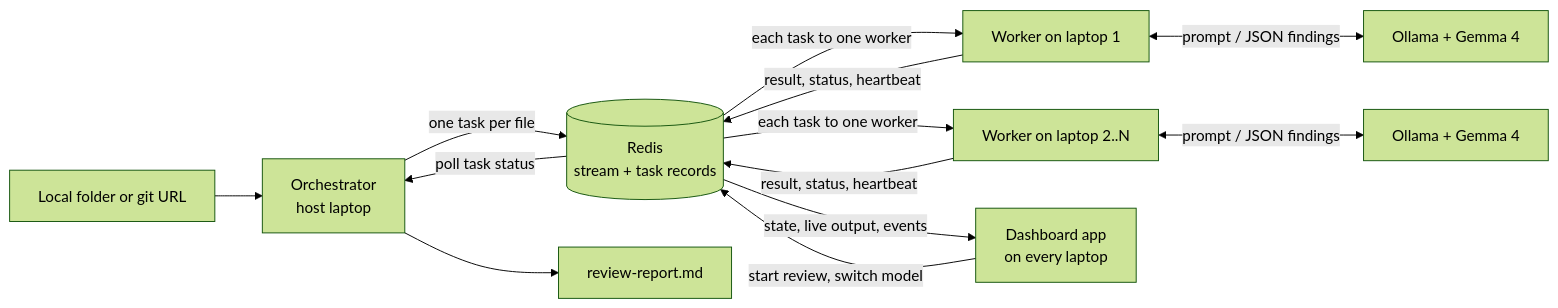
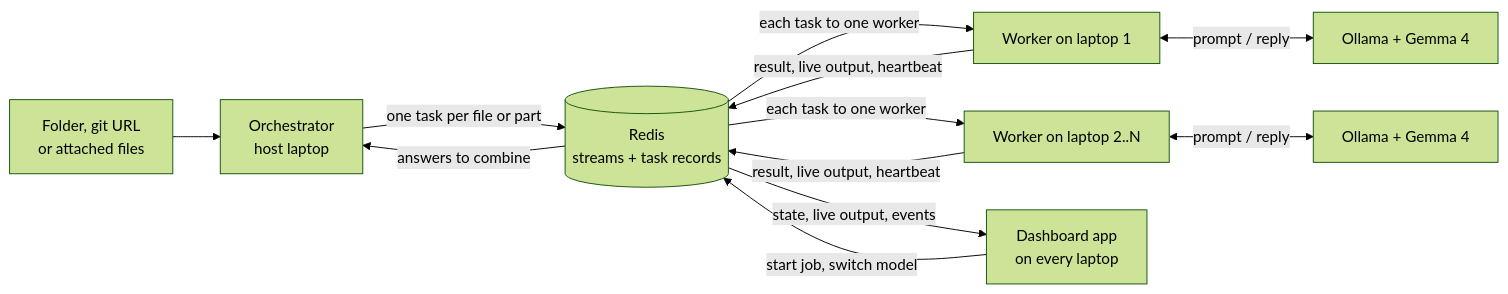
One commit to VishnuVardhanNk/LapCluster changed the diagram in README.md. Above: the diagram before and after it, drawn with Mermaid (forest theme). The commit also changed other lines of this file and 3 other files, not shown here.

````diff
--- a/README.md
+++ b/README.md
@@ -79,15 +76,14 @@
 ```mermaid
 flowchart LR
-    SRC[Local folder or git URL] --> ORC[Orchestrator<br/>host laptop]
-    ORC -->|one task per file| R[(Redis<br/>stream + task records)]
+    SRC[Folder, git URL<br/>or attached files] --> ORC[Orchestrator<br/>host laptop]
+    ORC -->|one task per file or part| R[(Redis<br/>streams + task records)]
     R -->|each task to one worker| W1[Worker on laptop 1]
     R -->|each task to one worker| W2[Worker on laptop 2..N]
-    W1 <-->|prompt / JSON findings| O1[Ollama + Gemma 4]
-    W2 <-->|prompt / JSON findings| O2[Ollama + Gemma 4]
-    W1 -->|result, status, heartbeat| R
-    W2 -->|result, status, heartbeat| R
-    R -->|poll task status| ORC
-    ORC --> REP[review-report.md]
+    W1 <-->|prompt / reply| O1[Ollama + Gemma 4]
+    W2 <-->|prompt / reply| O2[Ollama + Gemma 4]
+    W1 -->|result, live output, heartbeat| R
+    W2 -->|result, live output, heartbeat| R
+    R -->|answers to combine| ORC
     R -->|state, live output, events| D[Dashboard app<br/>on every laptop]
-    D -->|start review, switch model| R
+    D -->|start job, switch model| R
 ```
````
